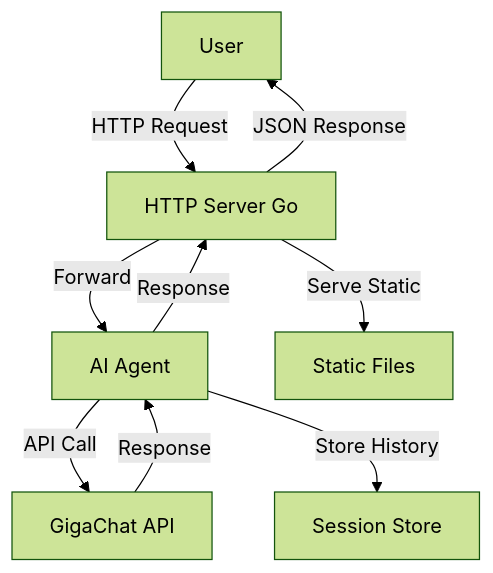
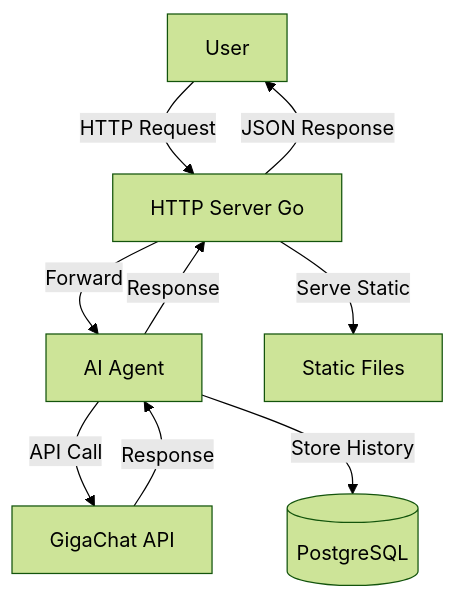
The diagram in README.md (an-yurii/ai-advent-3-week-2), drawn with Mermaid (forest theme) before and after one commit. The commit also changed other lines of this file and 10 other files, not shown here.

````diff
--- a/README.md
+++ b/README.md
@@ -17,11 +19,11 @@
 ```mermaid
 graph TB
     User[User] -->|HTTP Request| WebServer[HTTP Server Go]
     WebServer -->|Forward| Agent[AI Agent]
     Agent -->|API Call| GigaChat[GigaChat API]
     GigaChat -->|Response| Agent
-    Agent -->|Store History| SessionStore[Session Store]
+    Agent -->|Store History| Storage[(PostgreSQL)]
     Agent -->|Response| WebServer
     WebServer -->|Serve Static| Static[Static Files]
     WebServer -->|JSON Response| User
 ```
````
